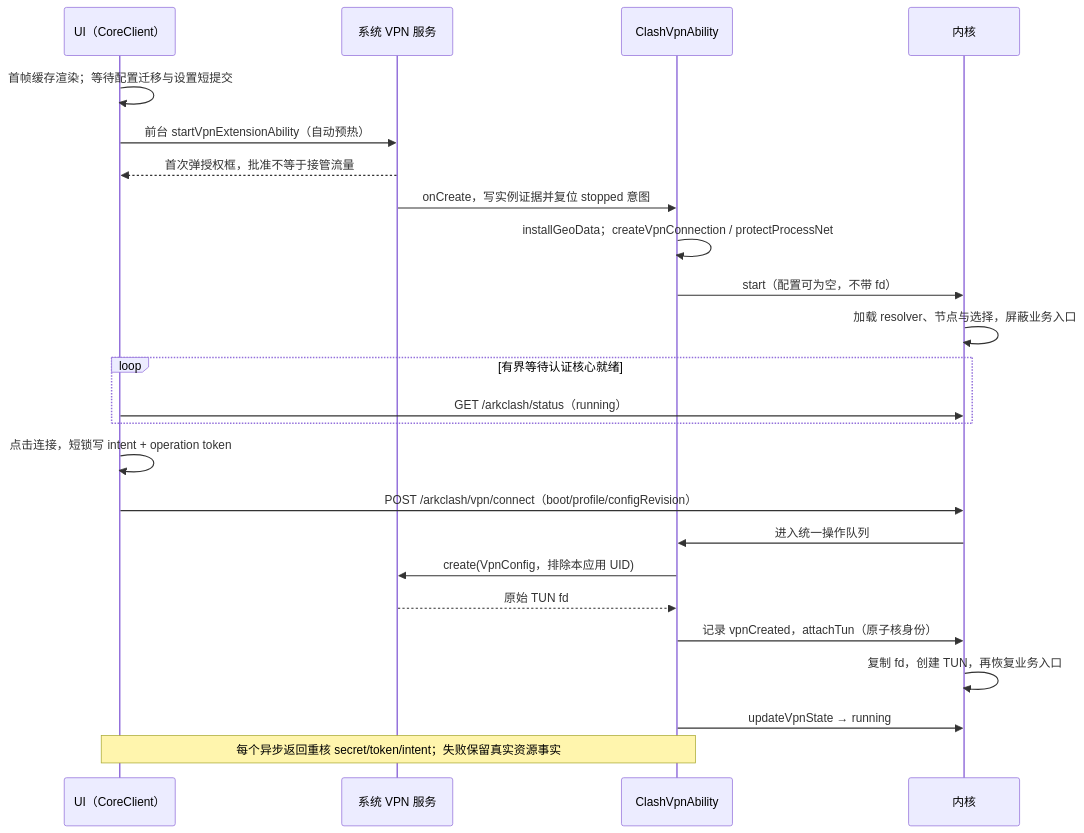
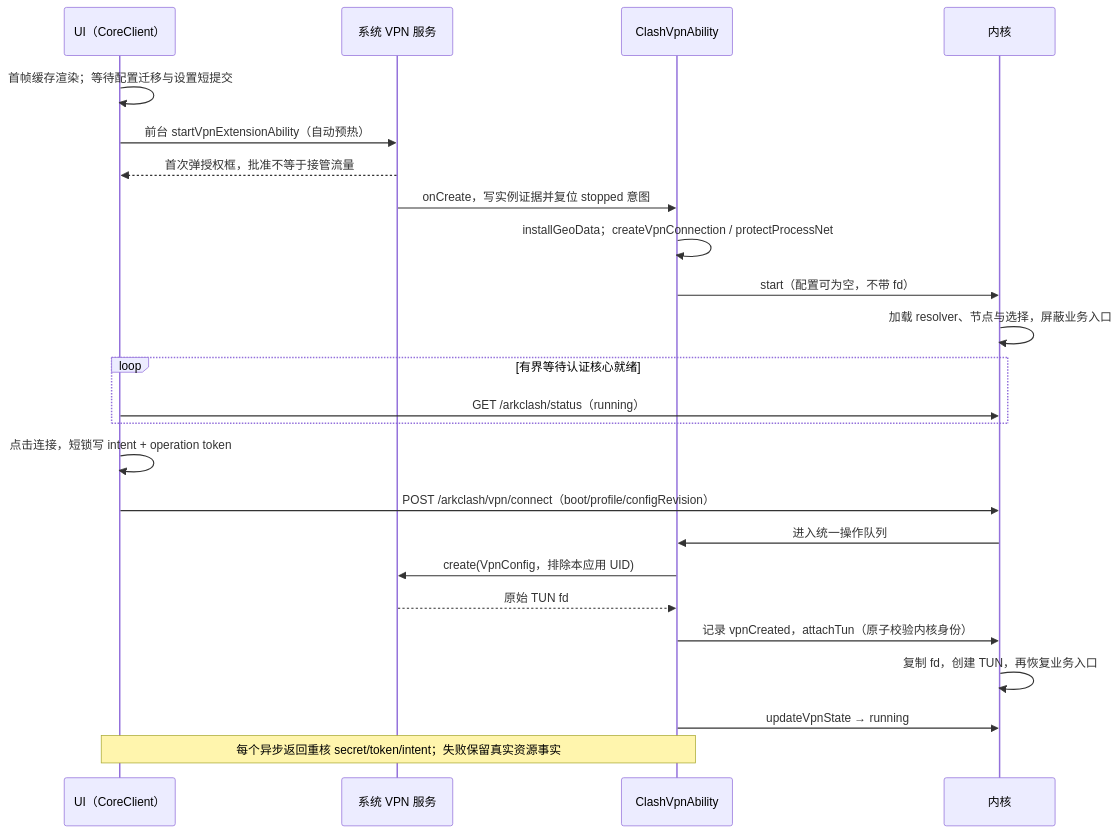
One commit to VOD-Studio/ArkClash changed the second of 2 diagrams in docs/architecture.md. Above: the diagram before and after it, drawn with Mermaid. The commit also changed other lines of this file and 115 other files, not shown here.

````diff
--- a/docs/architecture.md
+++ b/docs/architecture.md
@@ -39,26 +39,26 @@
 ```mermaid
 sequenceDiagram
   participant UI as UI（CoreClient）
   participant Sys as 系统 VPN 服务
   participant Ext as ClashVpnAbility
   participant Core as 内核
   UI->>UI: 首帧缓存渲染；等待配置迁移与设置短提交
   UI->>Sys: 前台 startVpnExtensionAbility（自动预热）
   Sys-->>UI: 首次弹授权框，批准不等于接管流量
   Sys->>Ext: onCreate，写实例证据并复位 stopped 意图
   Ext->>Ext: installGeoData；createVpnConnection / protectProcessNet
   Ext->>Core: start（配置可为空，不带 fd）
   Core->>Core: 加载 resolver、节点与选择，屏蔽业务入口
   loop 有界等待认证核心就绪
     UI->>Core: GET /arkclash/status（running）
   end
   UI->>UI: 点击连接，短锁写 intent + operation token
   UI->>Core: POST /arkclash/vpn/connect（boot/profile/configRevision）
   Core->>Ext: 进入统一操作队列
   Ext->>Sys: create(VpnConfig，排除本应用 UID)
   Sys-->>Ext: 原始 TUN fd
-  Ext->>Core: 记录 vpnCreated，attachTun（原子核身份）
+  Ext->>Core: 记录 vpnCreated，attachTun（原子校验内核身份）
   Core->>Core: 复制 fd，创建 TUN，再恢复业务入口
   Ext->>Core: updateVpnState → running
   Note over Ext,UI: 每个异步返回重核 secret/token/intent；失败保留真实资源事实
 ```
````
